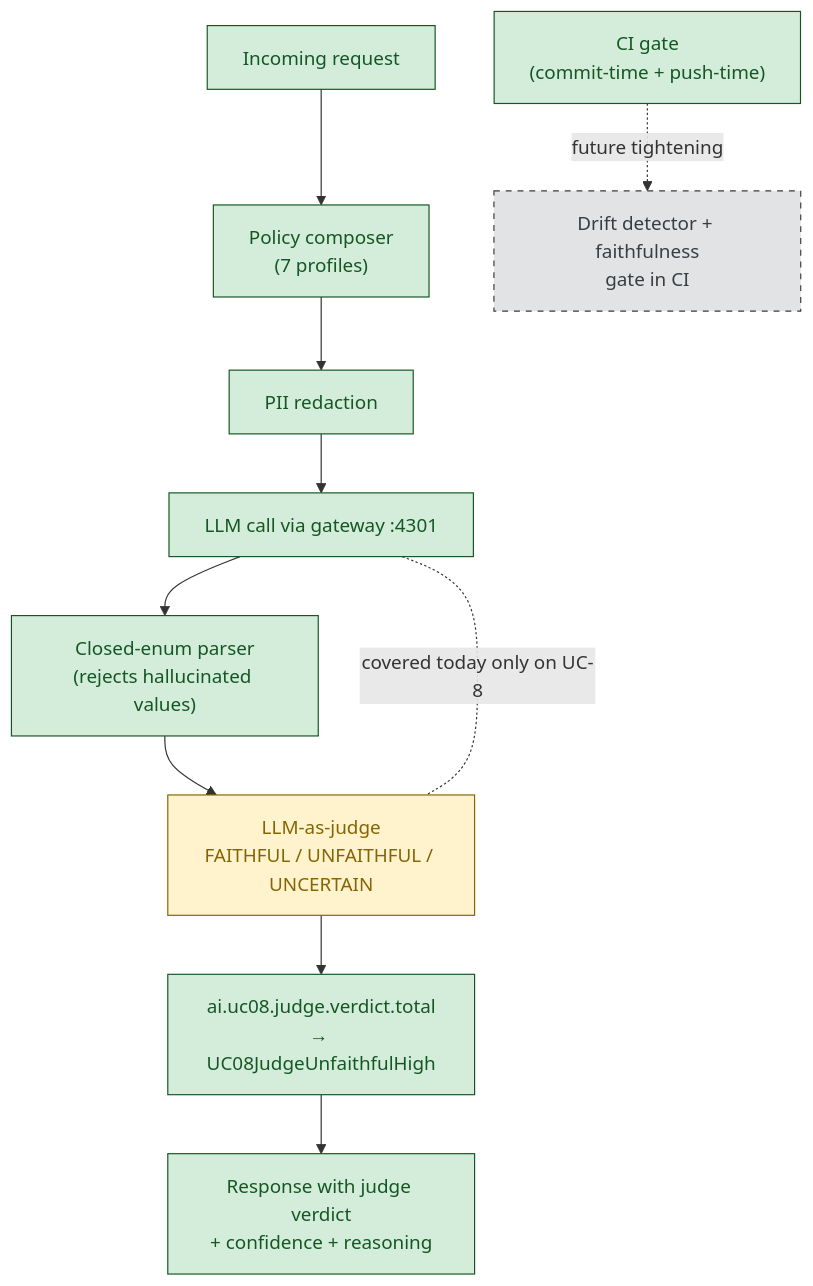
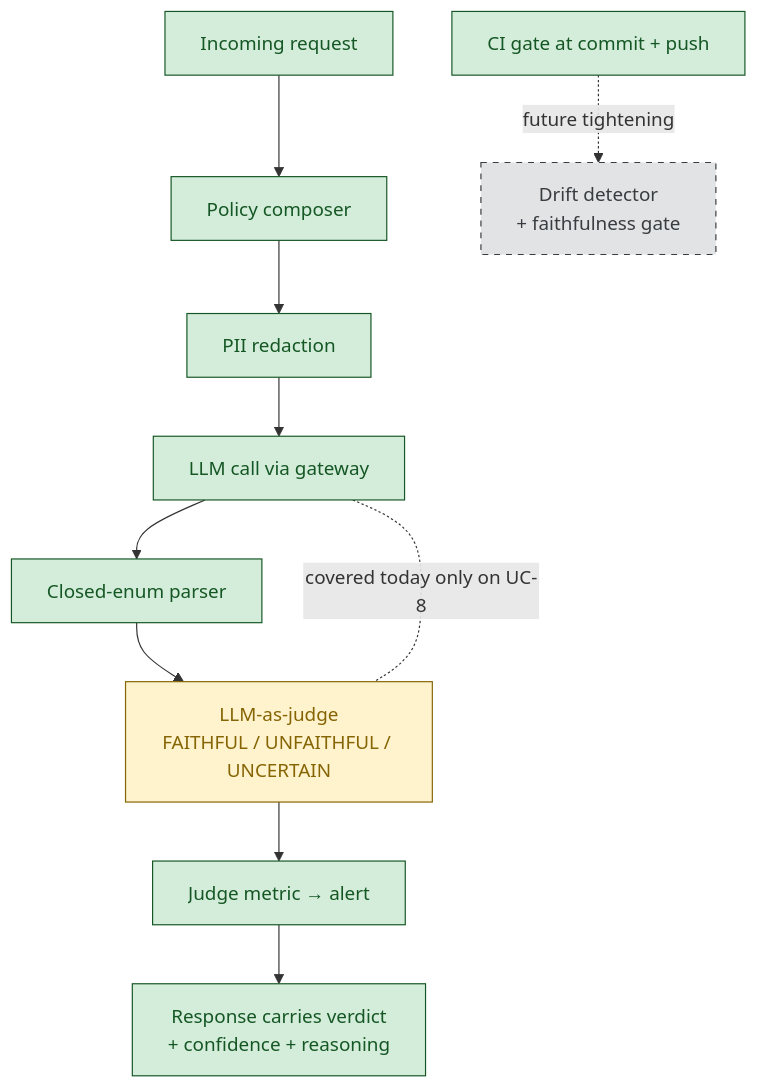
The fourth of 7 diagrams in docs/MANAGEMENT-BRIEFING.md (Kevinparashar/One-ops-NextGen), drawn with Mermaid before and after one commit. The commit also changed other lines of this file and 1 other file, not shown here.

````diff
--- a/docs/MANAGEMENT-BRIEFING.md
+++ b/docs/MANAGEMENT-BRIEFING.md
@@ -270,21 +184,21 @@
 ```mermaid
 flowchart TD
     classDef shipped fill:#d4edda,stroke:#155724,color:#155724
     classDef partial fill:#fff3cd,stroke:#856404,color:#856404
     classDef planned fill:#e2e3e5,stroke:#383d41,color:#383d41,stroke-dasharray:5 5
 
     REQ["Incoming request"]:::shipped
-    POL["Policy composer<br/>(7 profiles)"]:::shipped
+    POL["Policy composer"]:::shipped
     RED["PII redaction"]:::shipped
-    LLM["LLM call via gateway :4301"]:::shipped
-    CLO["Closed-enum parser<br/>(rejects hallucinated values)"]:::shipped
+    LLM["LLM call via gateway"]:::shipped
+    CLO["Closed-enum parser"]:::shipped
     JUDGE["LLM-as-judge<br/>FAITHFUL / UNFAITHFUL / UNCERTAIN"]:::partial
-    METRIC["ai.uc08.judge.verdict.total<br/>→ UC08JudgeUnfaithfulHigh"]:::shipped
-    RESP["Response with judge verdict<br/>+ confidence + reasoning"]:::shipped
-    CI["CI gate<br/>(commit-time + push-time)"]:::shipped
-    DRIFT["Drift detector + faithfulness<br/>gate in CI"]:::planned
+    METRIC["Judge metric → alert"]:::shipped
+    RESP["Response carries verdict<br/>+ confidence + reasoning"]:::shipped
+    CI["CI gate at commit + push"]:::shipped
+    DRIFT["Drift detector<br/>+ faithfulness gate"]:::planned
 
     REQ --> POL --> RED --> LLM --> CLO --> JUDGE --> METRIC --> RESP
     LLM -. covered today only on UC-8 .- JUDGE
     CI -.->|future tightening| DRIFT
 ```
````
